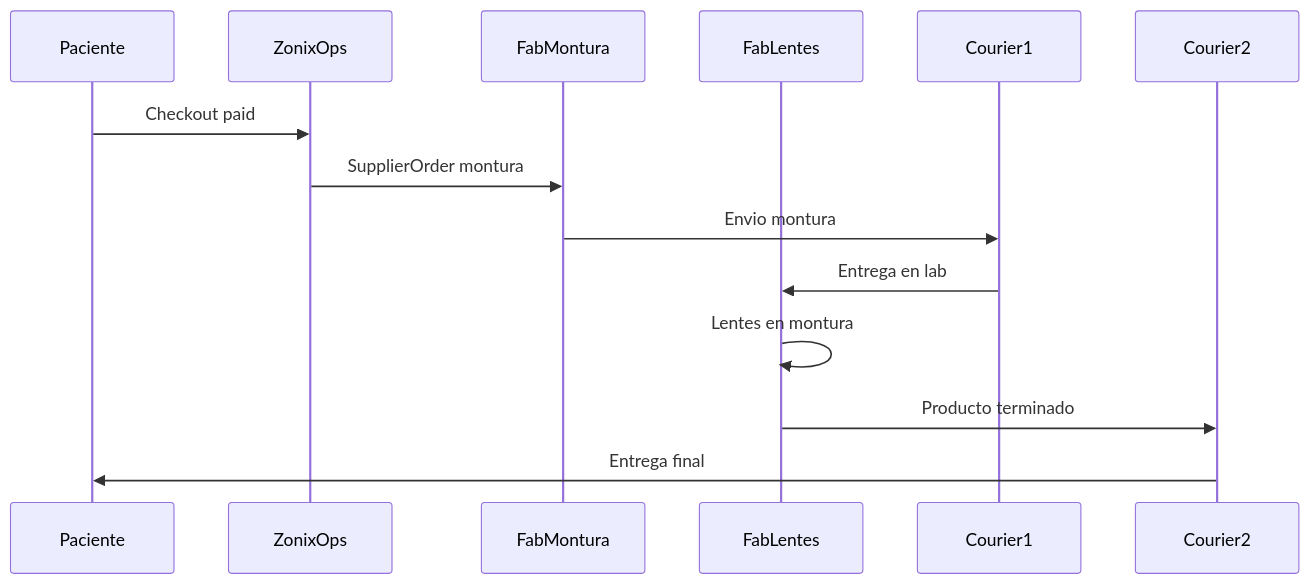
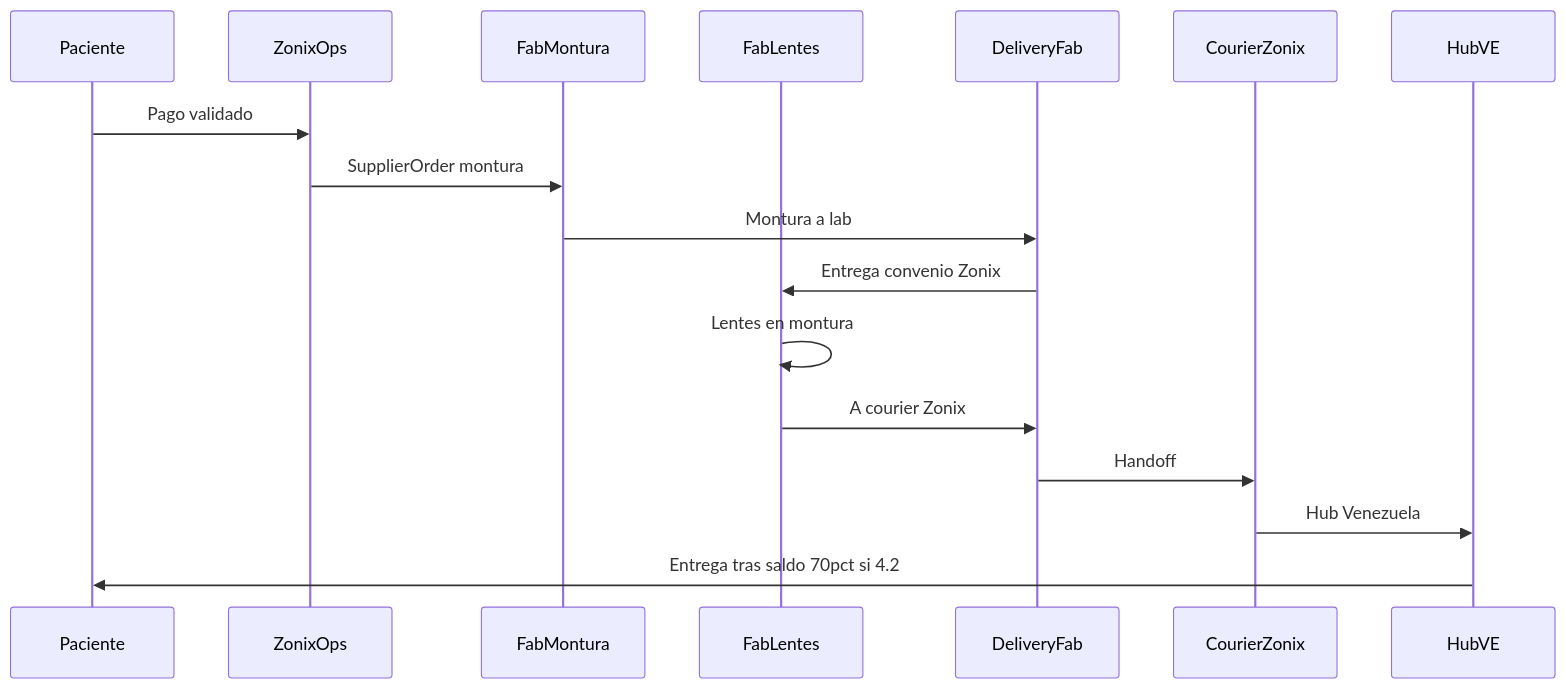
One commit to Abrahan-Eagle/zonix-eats-back changed the diagram in docs/MODELO_NEGOCIO/FLUJOS_OPERATIVOS.md. Above: the diagram before and after it, drawn with Mermaid. The commit also changed other lines of this file and 29 other files, not shown here.

````diff
--- a/docs/MODELO_NEGOCIO/FLUJOS_OPERATIVOS.md
+++ b/docs/MODELO_NEGOCIO/FLUJOS_OPERATIVOS.md
@@ -143,17 +157,20 @@
 ```mermaid
 sequenceDiagram
   participant P as Paciente
   participant Z as ZonixOps
   participant FM as FabMontura
   participant FL as FabLentes
-  participant C1 as Courier1
-  participant C2 as Courier2
+  participant DF as DeliveryFab
+  participant CZ as CourierZonix
+  participant H as HubVE
 
-  P->>Z: Checkout paid
+  P->>Z: Pago validado
   Z->>FM: SupplierOrder montura
-  FM->>C1: Envio montura
-  C1->>FL: Entrega en lab
+  FM->>DF: Montura a lab
+  DF->>FL: Entrega convenio Zonix
   FL->>FL: Lentes en montura
-  FL->>C2: Producto terminado
-  C2->>P: Entrega final
+  FL->>DF: A courier Zonix
+  DF->>CZ: Handoff
+  CZ->>H: Hub Venezuela
+  H->>P: Entrega tras saldo 70pct si 4.2
 ```
````
